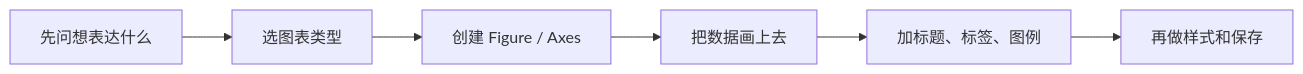
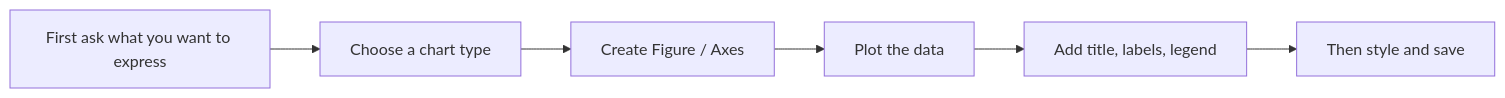
Before and after one commit to oudbiao/AI-fullstack-course: the first of 3 diagrams in docs/ch03-data-analysis/ch04-visualization/01-matplotlib.md, drawn with Mermaid. The commit also changed other lines of this file and 1406 other files, not shown here.

````diff
--- a/docs/ch03-data-analysis/ch04-visualization/01-matplotlib.md
+++ b/docs/ch03-data-analysis/ch04-visualization/01-matplotlib.md
@@ -36,8 +36,8 @@
 ```mermaid
 flowchart LR
-    A["先问想表达什么"] --> B["选图表类型"]
-    B --> C["创建 Figure / Axes"]
-    C --> D["把数据画上去"]
-    D --> E["加标题、标签、图例"]
-    E --> F["再做样式和保存"]
+    A["First ask what you want to express"] --> B["Choose a chart type"]
+    B --> C["Create Figure / Axes"]
+    C --> D["Plot the data"]
+    D --> E["Add title, labels, legend"]
+    E --> F["Then style and save"]
 ```
````
